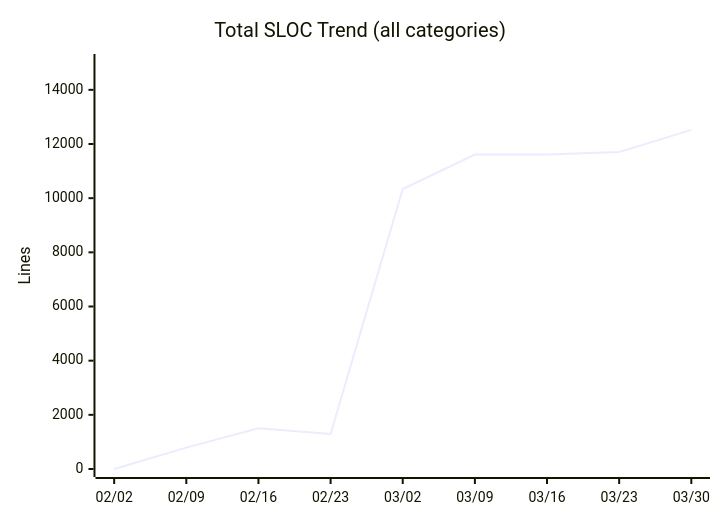
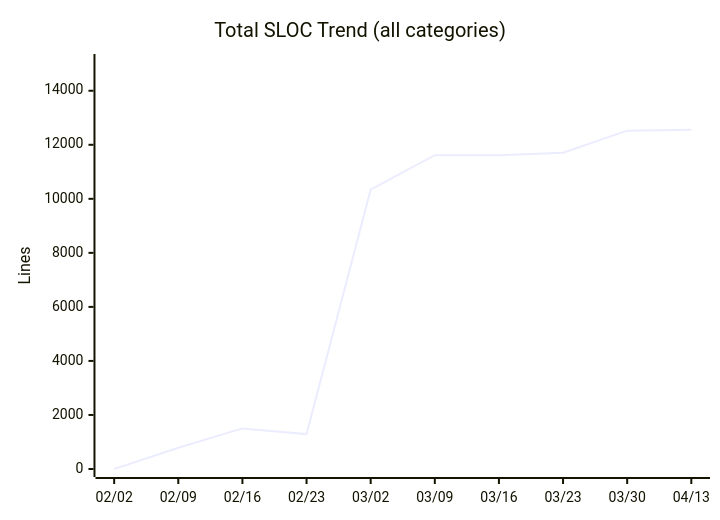
Before and after one commit to nablarch/nabledge-dev: the eighth of 14 diagrams in docs/metrics.md, drawn with Mermaid. The commit also changed other lines of this file and 2 other files, not shown here.

````diff
--- a/docs/metrics.md
+++ b/docs/metrics.md
@@ -121,7 +121,7 @@
 ```mermaid
 xychart-beta
   title "Total SLOC Trend (all categories)"
-  x-axis ["02/02", "02/09", "02/16", "02/23", "03/02", "03/09", "03/16", "03/23", "03/30"]
-  y-axis "Lines" 0 --> 15028
-  line [0, 789, 1503, 1293, 10339, 11613, 11613, 11704, 12523]
+  x-axis ["02/02", "02/09", "02/16", "02/23", "03/02", "03/09", "03/16", "03/23", "03/30", "04/13"]
+  y-axis "Lines" 0 --> 15064
+  line [0, 789, 1503, 1293, 10339, 11613, 11613, 11704, 12523, 12553]
 ```
````
